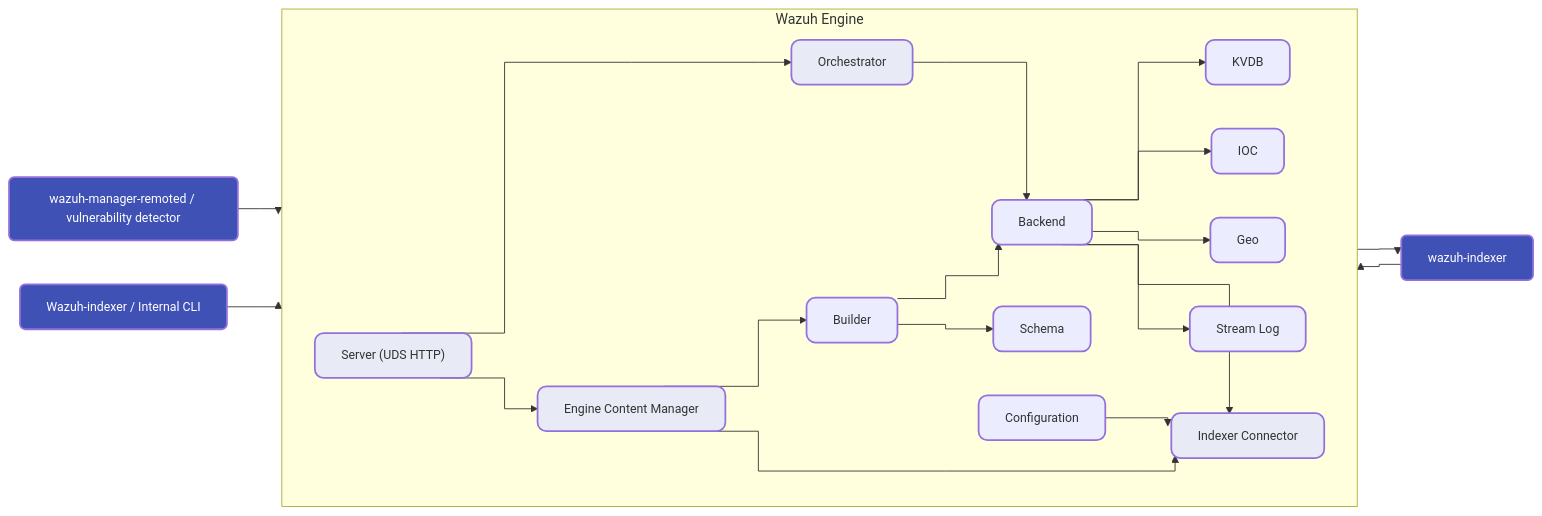
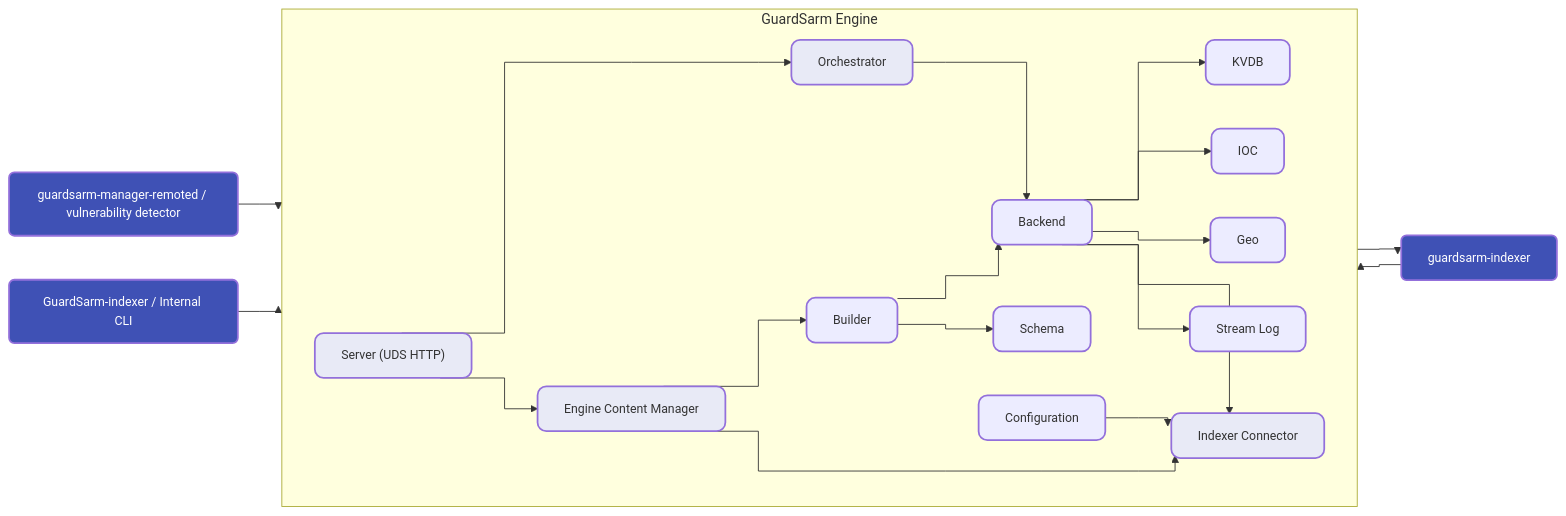
Before and after one commit to guardsarm/guardsarm: the first of 3 diagrams in docs/ref/modules/engine/architecture.md, drawn with Mermaid. The commit also changed other lines of this file and 4082 other files, not shown here.

First line of the commit message:
GuardSarm rebrand (R1) + native build/runtime fixes

````diff
--- a/docs/ref/modules/engine/architecture.md
+++ b/docs/ref/modules/engine/architecture.md
@@ -17,52 +17,52 @@
 ```mermaid
 ---
 config:
   flowchart:
     curve: stepAfter
 ---
 flowchart LR
 
 classDef ExternalClass font-size:14px,stroke-width:2px,fill:#3f51b5,color:#fff,rx:6,ry:6
 classDef ModuleClass font-size:14px,stroke-width:2px,rx:10,ry:10
 classDef HubClass font-size:14px,stroke-width:2px,fill:#e8eaf6,rx:10,ry:10
 
-remoted["wazuh-manager-remoted / vulnerability detector"]:::ExternalClass
-operator["Wazuh-indexer / Internal CLI"]:::ExternalClass
-indexer["wazuh-indexer"]:::ExternalClass
+remoted["guardsarm-manager-remoted / vulnerability detector"]:::ExternalClass
+operator["GuardSarm-indexer / Internal CLI"]:::ExternalClass
+indexer["guardsarm-indexer"]:::ExternalClass
 
-subgraph engine["Wazuh Engine"]
+subgraph engine["GuardSarm Engine"]
   direction LR
 
   server["Server (UDS HTTP)"]:::HubClass
   orchestrator["Orchestrator"]:::HubClass
   backend["Backend"]:::ModuleClass
   builder["Builder"]:::ModuleClass
   schema["Schema"]:::ModuleClass
   cm["Engine Content Manager"]:::HubClass
   kvdb["KVDB"]:::ModuleClass
   ioc["IOC"]:::ModuleClass
   geo["Geo"]:::ModuleClass
   ic["Indexer Connector"]:::HubClass
   streamlog["Stream Log"]:::ModuleClass
   conf["Configuration"]:::ModuleClass
 
   server --> orchestrator
   server --> cm
   orchestrator --> backend
   cm --> builder
   builder --> backend
   builder --> schema
   backend --> kvdb
   backend --> ioc
   backend --> geo
   backend --> ic
   backend --> streamlog
   cm --> ic
   conf --> ic
 end
 
 remoted --> server
 operator --> server
 ic --> indexer
 indexer --> ic
 ```
````
